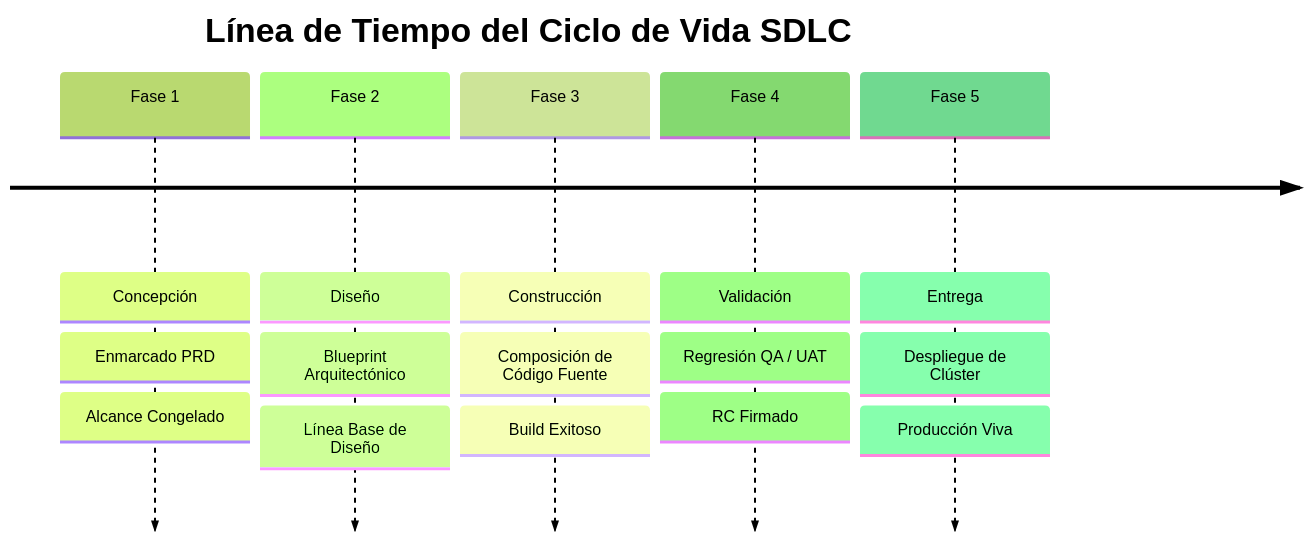
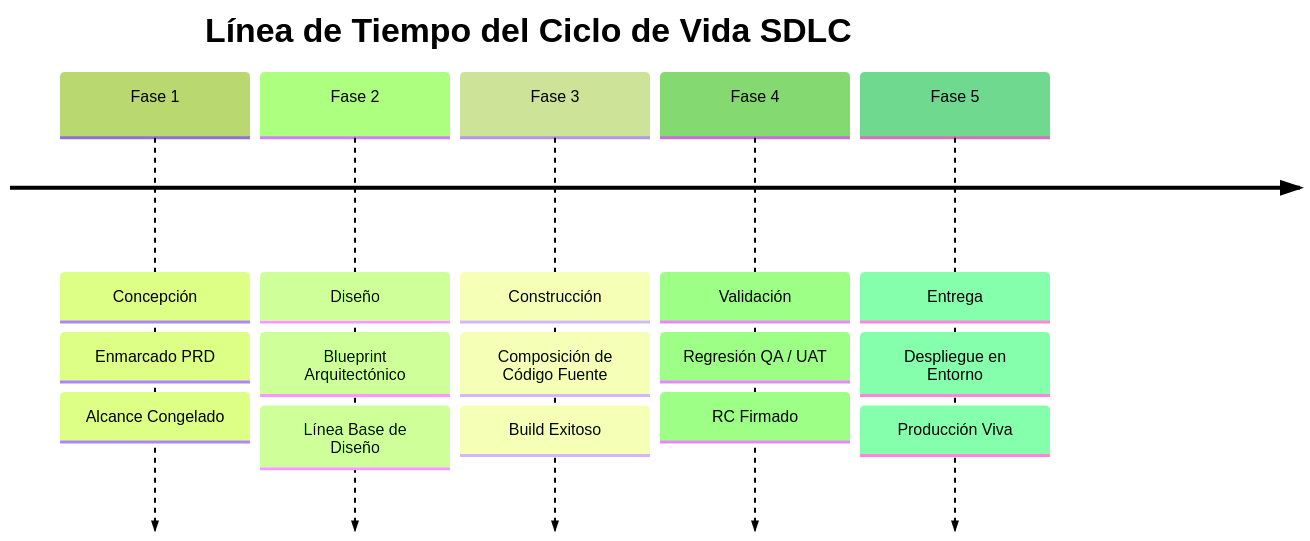
One commit to beyondnetcode/arc32_progresive_monolith changed the first of 2 diagrams in arc-corporate-ws/corporate-sdlc-es/02-engineering/construction-focused-sdlc-framework.md. Above: the diagram before and after it, drawn with Mermaid (forest theme). The commit also changed other lines of this file and 9 other files, not shown here.

Commit message:
docs(bmad): align architecture with progressive deployment complexity principle

````diff
--- a/arc-corporate-ws/corporate-sdlc-es/02-engineering/construction-focused-sdlc-framework.md
+++ b/arc-corporate-ws/corporate-sdlc-es/02-engineering/construction-focused-sdlc-framework.md
@@ -20,9 +20,9 @@
 ```mermaid
 timeline
     title Línea de Tiempo del Ciclo de Vida SDLC
     Fase 1: Concepción : Enmarcado PRD : Alcance Congelado
     Fase 2: Diseño : Blueprint Arquitectónico : Línea Base de Diseño
     Fase 3: Construcción : Composición de Código Fuente : Build Exitoso
     Fase 4: Validación : Regresión QA / UAT : RC Firmado
-    Fase 5: Entrega : Despliegue de Clúster : Producción Viva
+    Fase 5: Entrega : Despliegue en Entorno : Producción Viva
 ```
````
